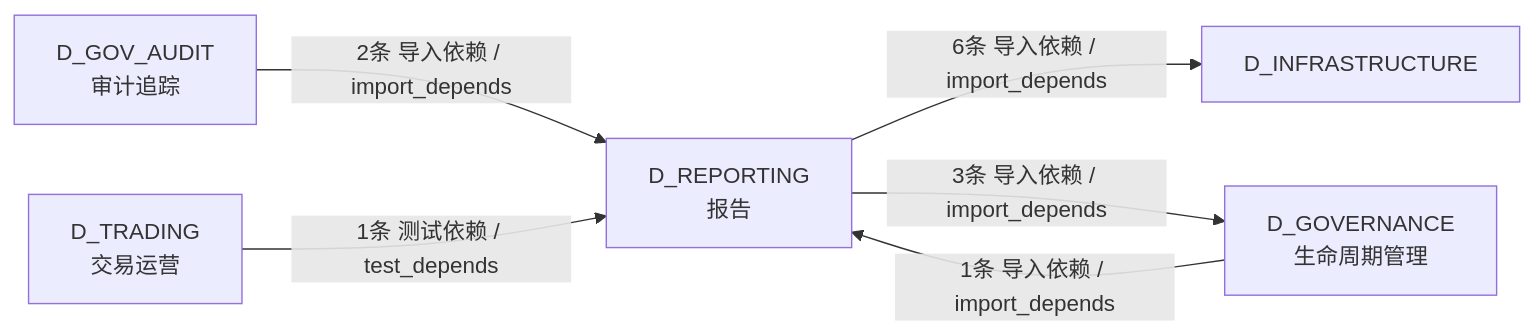
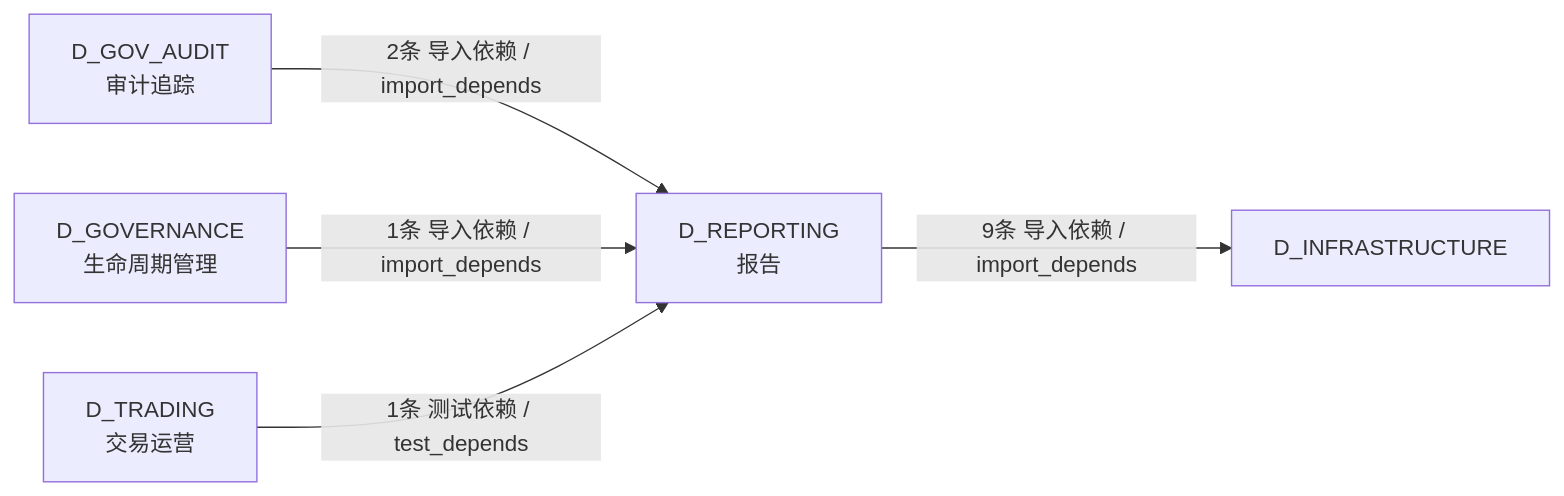
The fourth of 4 diagrams in docs/02_enterprise_architecture/02_domain_architecture_docs/23_d_reporting.md (xuanFelixVan/ZephyrAlpha), drawn with Mermaid before and after one commit. The commit also changed other lines of this file and 126 other files, not shown here.

````diff
--- a/docs/02_enterprise_architecture/02_domain_architecture_docs/23_d_reporting.md
+++ b/docs/02_enterprise_architecture/02_domain_architecture_docs/23_d_reporting.md
@@ -214,13 +214,12 @@
 ```mermaid
 graph LR
     D_REPORTING["D_REPORTING<br/>报告"]
     D_INFRASTRUCTURE["D_INFRASTRUCTURE"]
+    D_GOV_AUDIT["D_GOV_AUDIT<br/>审计追踪"]
     D_GOVERNANCE["D_GOVERNANCE<br/>生命周期管理"]
-    D_GOV_AUDIT["D_GOV_AUDIT<br/>审计追踪"]
     D_TRADING["D_TRADING<br/>交易运营"]
-    D_REPORTING -->|6条 导入依赖 / import_depends| D_INFRASTRUCTURE
-    D_REPORTING -->|3条 导入依赖 / import_depends| D_GOVERNANCE
+    D_REPORTING -->|9条 导入依赖 / import_depends| D_INFRASTRUCTURE
     D_GOV_AUDIT -->|2条 导入依赖 / import_depends| D_REPORTING
     D_GOVERNANCE -->|1条 导入依赖 / import_depends| D_REPORTING
     D_TRADING -->|1条 测试依赖 / test_depends| D_REPORTING
 ```
````
